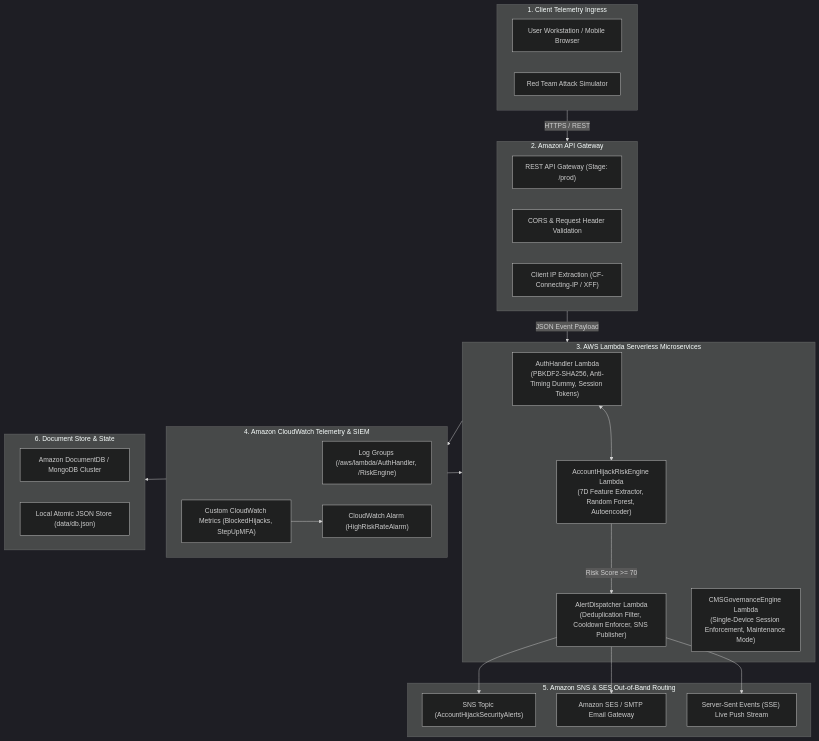
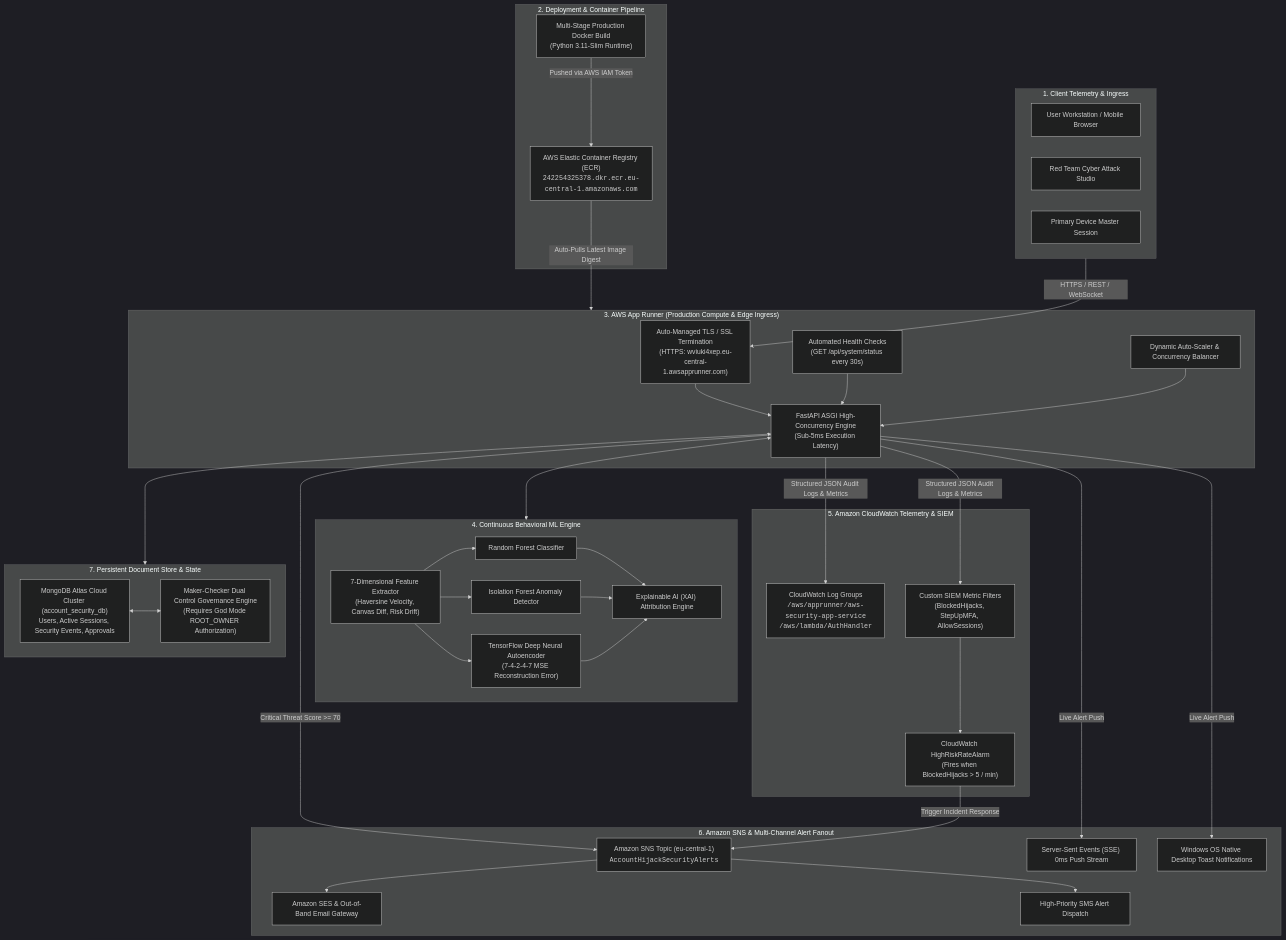
Before and after one commit to rootnode-rebels/aws-security: the first of 2 diagrams in README.md, drawn with Mermaid (dark theme). The commit also changed other lines of this file, not shown here.

````diff
--- a/README.md
+++ b/README.md
@@ -73,48 +79,65 @@
 ```mermaid
 flowchart TD
-    subgraph CLIENT["1. Client Telemetry Ingress"]
+    subgraph CLIENT["1. Client Telemetry & Ingress"]
         C1["User Workstation / Mobile Browser"]
-        C2["Red Team Attack Simulator"]
+        C2["Red Team Cyber Attack Studio"]
+        C3["Primary Device Master Session"]
     end
 
-    subgraph APIGW["2. Amazon API Gateway"]
-        AG1["REST API Gateway (Stage: /prod)"]
-        AG2["CORS & Request Header Validation"]
-        AG3["Client IP Extraction (CF-Connecting-IP / XFF)"]
+    subgraph DEPLOY["2. Deployment & Container Pipeline"]
+        ECR["AWS Elastic Container Registry (ECR)<br/><code>242254325378.dkr.ecr.eu-central-1.amazonaws.com</code>"]
+        DOCKER["Multi-Stage Production Docker Build<br/>(Python 3.11-Slim Runtime)"]
+        DOCKER -->|Pushed via AWS IAM Token| ECR
     end
 
-    subgraph LAMBDA["3. AWS Lambda Serverless Microservices"]
-        L1["AuthHandler Lambda<br/>(PBKDF2-SHA256, Anti-Timing Dummy, Session Tokens)"]
-        L2["AccountHijackRiskEngine Lambda<br/>(7D Feature Extractor, Random Forest, Autoencoder)"]
-        L3["AlertDispatcher Lambda<br/>(Deduplication Filter, Cooldown Enforcer, SNS Publisher)"]
-        L4["CMSGovernanceEngine Lambda<br/>(Single-Device Session Enforcement, Maintenance Mode)"]
+    subgraph APPRUNNER["3. AWS App Runner (Production Compute & Edge Ingress)"]
+        AR_TLS["Auto-Managed TLS / SSL Termination<br/>(HTTPS: wviuki4xep.eu-central-1.awsapprunner.com)"]
+        AR_HC["Automated Health Checks<br/>(GET /api/system/status every 30s)"]
+        AR_SCALE["Dynamic Auto-Scaler & Concurrency Balancer"]
+        AR_APP["FastAPI ASGI High-Concurrency Engine<br/>(Sub-5ms Execution Latency)"]
+        AR_TLS --> AR_APP
+        AR_HC --> AR_APP
+        AR_SCALE --> AR_APP
     end
 
-    subgraph CW["4. Amazon CloudWatch Telemetry & SIEM"]
-        CW1["Log Groups (/aws/lambda/AuthHandler, /RiskEngine)"]
-        CW2["Custom CloudWatch Metrics (BlockedHijacks, StepUpMFA)"]
-        CW3["CloudWatch Alarm (HighRiskRateAlarm)"]
+    subgraph ML_ENGINE["4. Continuous Behavioral ML Engine"]
+        F_EXT["7-Dimensional Feature Extractor<br/>(Haversine Velocity, Canvas Diff, Risk Drift)"]
+        RF["Random Forest Classifier"]
+        IF["Isolation Forest Anomaly Detector"]
+        TF["TensorFlow Deep Neural Autoencoder<br/>(7-4-2-4-7 MSE Reconstruction Error)"]
+        XAI["Explainable AI (XAI) Attribution Engine"]
+        F_EXT --> RF & IF & TF
+        RF & IF & TF --> XAI
     end
 
-    subgraph NOTIF["5. Amazon SNS & SES Out-of-Band Routing"]
-        SNS1["SNS Topic (AccountHijackSecurityAlerts)"]
-        SES1["Amazon SES / SMTP Email Gateway"]
-        SSE1["Server-Sent Events (SSE) Live Push Stream"]
+    subgraph CW["5. Amazon CloudWatch Telemetry & SIEM"]
+        CW_LOGS["CloudWatch Log Groups<br/><code>/aws/apprunner/aws-security-app-service</code><br/><code>/aws/lambda/AuthHandler</code>"]
+        CW_METRICS["Custom SIEM Metric Filters<br/>(BlockedHijacks, StepUpMFA, AllowSessions)"]
+        CW_ALARM["CloudWatch HighRiskRateAlarm<br/>(Fires when BlockedHijacks > 5 / min)"]
+        CW_METRICS --> CW_ALARM
     end
 
-    subgraph DATA["6. Document Store & State"]
-        DB1["Amazon DocumentDB / MongoDB Cluster"]
-        DB2["Local Atomic JSON Store (data/db.json)"]
+    subgraph NOTIF["6. Amazon SNS & Multi-Channel Alert Fanout"]
+        SNS["Amazon SNS Topic (eu-central-1)<br/><code>AccountHijackSecurityAlerts</code>"]
+        SNS_EMAIL["Amazon SES & Out-of-Band Email Gateway"]
+        SNS_SMS["High-Priority SMS Alert Dispatch"]
+        SSE["Server-Sent Events (SSE) 0ms Push Stream"]
+        TOAST["Windows OS Native Desktop Toast Notifications"]
     end
 
-    CLIENT -->|HTTPS / REST| APIGW
-    APIGW -->|JSON Event Payload| LAMBDA
-    L1 <--> L2
-    L2 -->|Risk Score >= 70| L3
-    LAMBDA --> CW
-    L3 --> SNS1
-    L3 --> SES1
-    L3 --> SSE1
-    LAMBDA <--> DATA
-    CW2 --> CW3
+    subgraph DATA["7. Persistent Document Store & State"]
+        MONGO["MongoDB Atlas Cloud Cluster (account_security_db)<br/>Users, Active Sessions, Security Events, Approvals"]
+        GOV["Maker-Checker Dual Control Governance Engine<br/>(Requires God Mode ROOT_OWNER Authorization)"]
+        MONGO <--> GOV
+    end
+
+    ECR -->|Auto-Pulls Latest Image Digest| APPRUNNER
+    CLIENT -->|HTTPS / REST / WebSocket| AR_TLS
+    AR_APP <--> ML_ENGINE
+    AR_APP <--> DATA
+    AR_APP -->|Structured JSON Audit Logs & Metrics| CW_LOGS & CW_METRICS
+    AR_APP -->|Critical Threat Score >= 70| SNS
+    CW_ALARM -->|Trigger Incident Response| SNS
+    SNS --> SNS_EMAIL & SNS_SMS
+    AR_APP -->|Live Alert Push| SSE & TOAST
 ```
````
